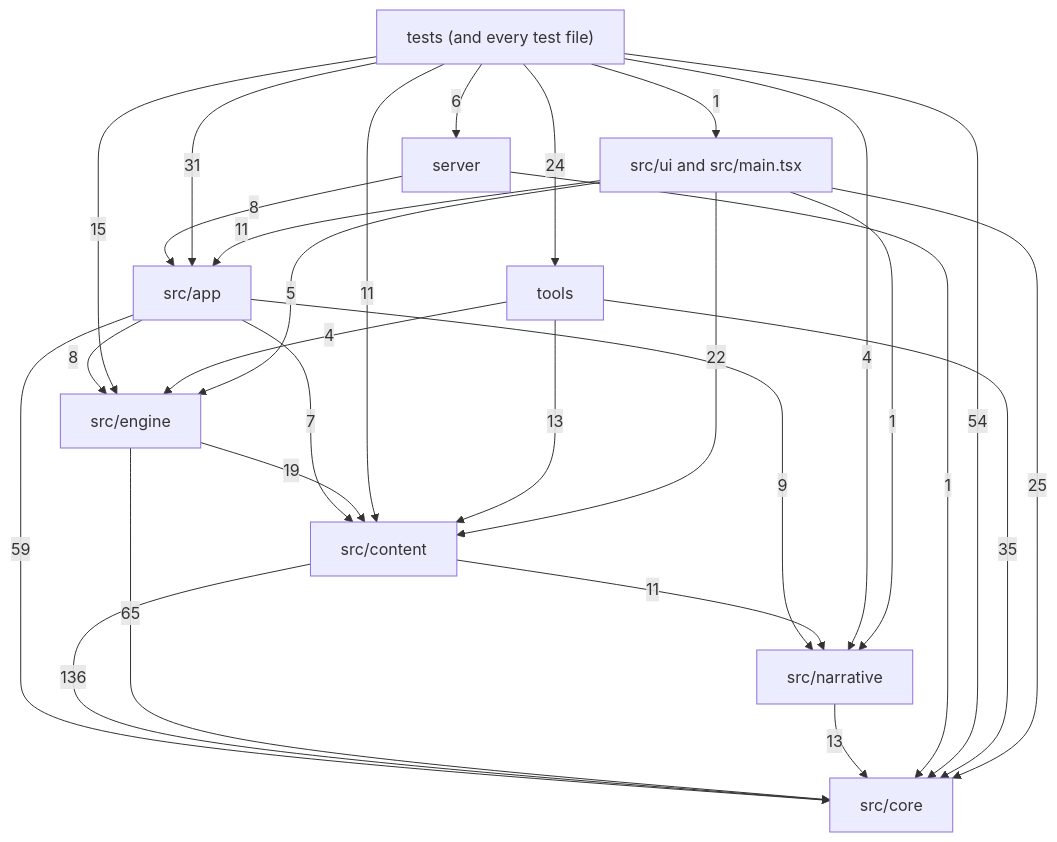
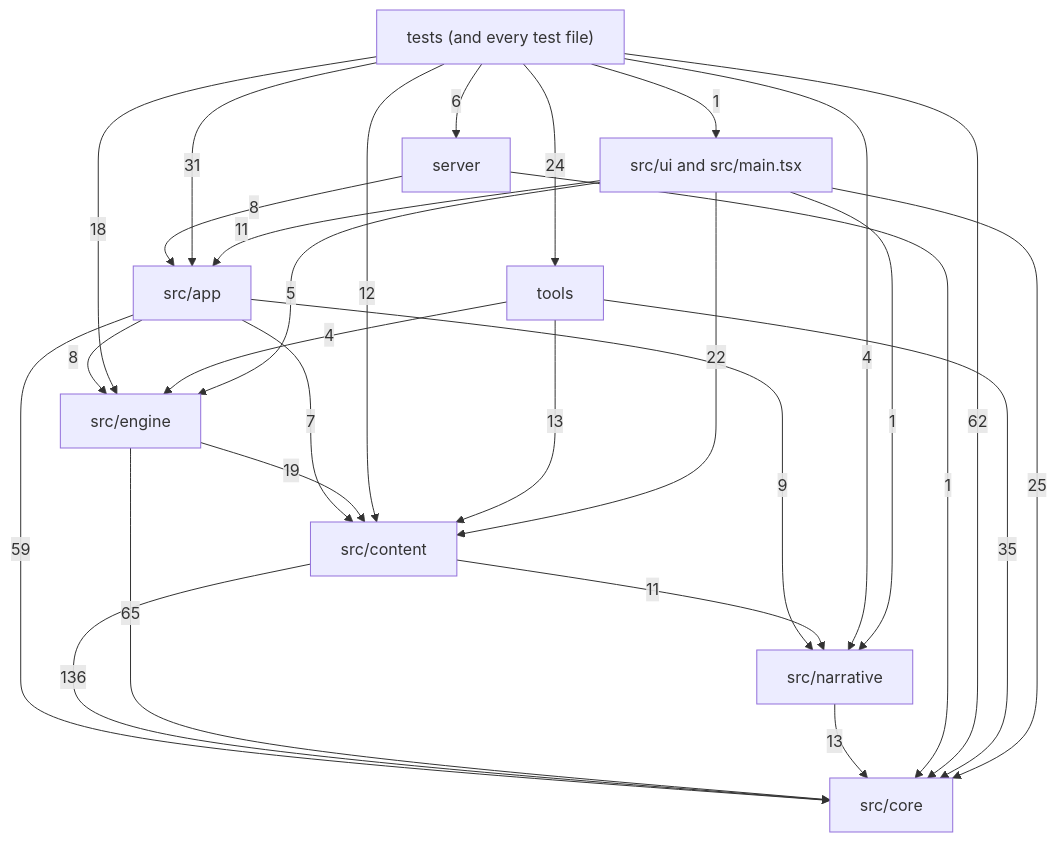
The diagram in docs/reference/code-map/README.md (OrangeB0lt/Cyber-funk), drawn with Mermaid before and after one commit. The commit also changed other lines of this file and 5 other files, not shown here.

````diff
--- a/docs/reference/code-map/README.md
+++ b/docs/reference/code-map/README.md
@@ -29,39 +29,39 @@
 ```mermaid
 flowchart TD
   core["src/core"]
   narrative["src/narrative"]
   content["src/content"]
   engine["src/engine"]
   app["src/app"]
   ui["src/ui and src/main.tsx"]
   server["server"]
   tools["tools"]
   tests["tests (and every test file)"]
   app -->|7| content
   app -->|59| core
   app -->|8| engine
   app -->|9| narrative
   content -->|136| core
   content -->|11| narrative
   engine -->|19| content
   engine -->|65| core
   narrative -->|13| core
   server -->|8| app
   server -->|1| core
   tests -->|31| app
-  tests -->|11| content
-  tests -->|54| core
-  tests -->|15| engine
+  tests -->|12| content
+  tests -->|62| core
+  tests -->|18| engine
   tests -->|4| narrative
   tests -->|6| server
   tests -->|24| tools
   tests -->|1| ui
   tools -->|13| content
   tools -->|35| core
   tools -->|4| engine
   ui -->|11| app
   ui -->|22| content
   ui -->|25| core
   ui -->|5| engine
   ui -->|1| narrative
 ```
````
